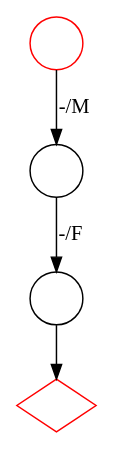
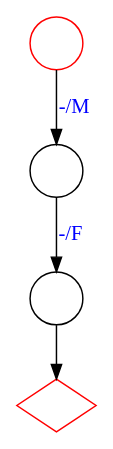
Before and after one commit to ihh/transducer-tutorial: the diagram in mf-generator.dot, drawn with Graphviz. The commit also changed 14 other files, not shown here.

```diff
--- a/mf-generator.dot
+++ b/mf-generator.dot
@@ -1,13 +1,13 @@
 digraph G {
     S [label="", shape=circle, color=red];
     E [label="", shape=diamond, color=red];
 
     I1 [label="", shape=circle];
     I2 [label="", shape=circle];
 
-S->I1 [label="-/M"];
-I1->I2 [label="-/F"];
+S->I1 [label="-/M", fontcolor=blue];
+I1->I2 [label="-/F", fontcolor=blue];
 I2->E;
 
 
 }
```
